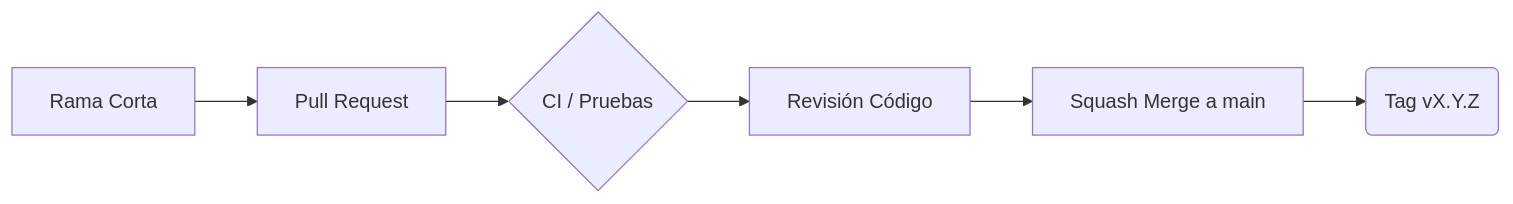
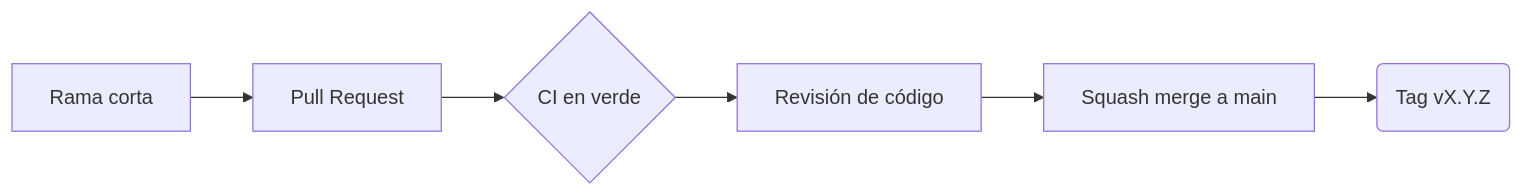
Before and after one commit to ARADCR/SiMA-Frontend: the diagram in docs/FLUJO_DE_VERSIONES.md, drawn with Mermaid. The commit also changed other lines of this file and 4 other files, not shown here.

````diff
--- a/docs/FLUJO_DE_VERSIONES.md
+++ b/docs/FLUJO_DE_VERSIONES.md
@@ -30,8 +29,8 @@
 ```mermaid
 graph LR
-A[Rama Corta] --> B[Pull Request]
-B --> C{CI / Pruebas}
-C --> D[Revisión Código]
-D --> E[Squash Merge a main]
+A[Rama corta] --> B[Pull Request]
+B --> C{CI en verde}
+C --> D[Revisión de código]
+D --> E[Squash merge a main]
 E --> F(Tag vX.Y.Z)
 ```
````
